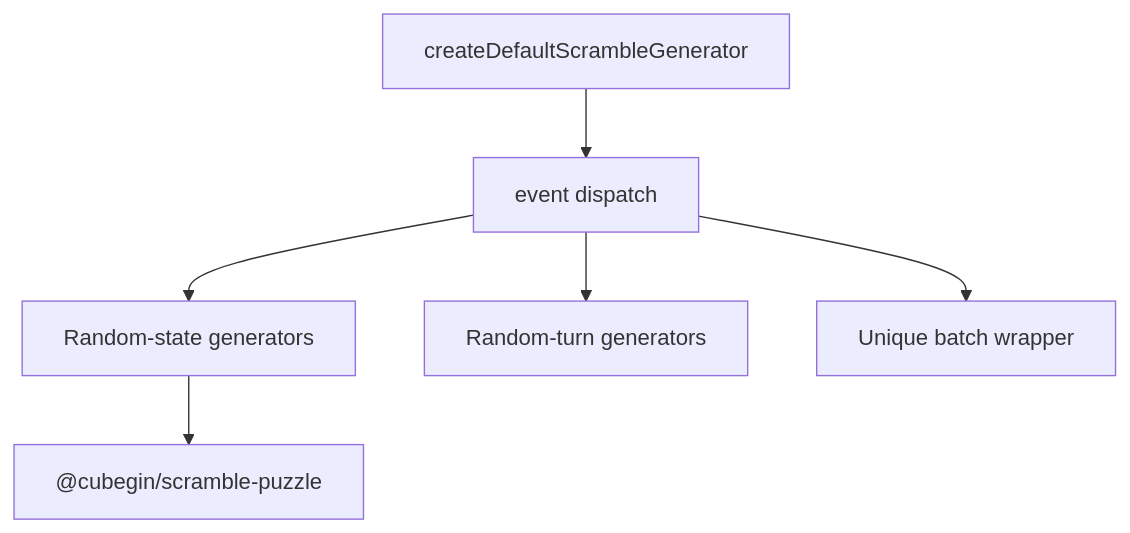
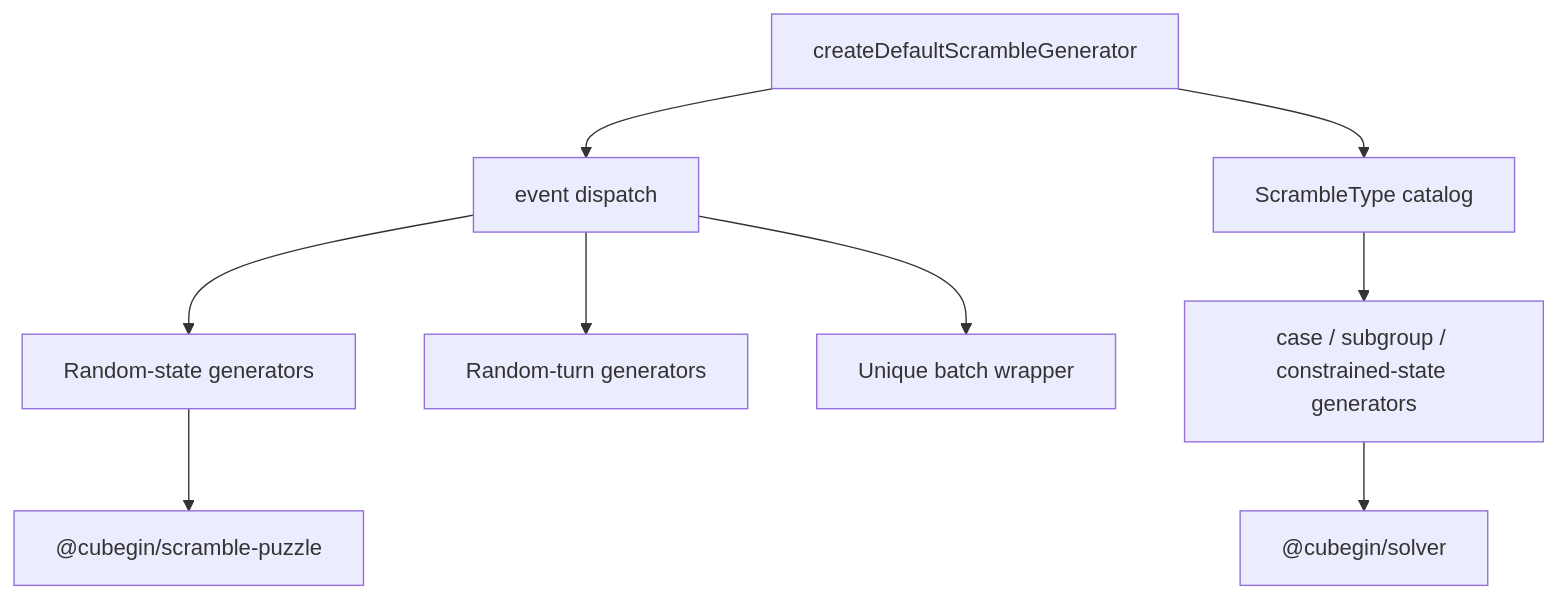
Before and after one commit to deweyou/cube-kit: the diagram in docs/packages/scramble-core/index.md, drawn with Mermaid. The commit also changed other lines of this file and 18 other files, not shown here.

Commit message:
docs(scramble): document training scramble system

````diff
--- a/docs/packages/scramble-core/index.md
+++ b/docs/packages/scramble-core/index.md
@@ -3,8 +3,11 @@
 ```mermaid
 flowchart TD
     Facade["createDefaultScrambleGenerator"] --> Dispatch["event dispatch"]
     Dispatch --> RandomState["Random-state generators"]
     Dispatch --> RandomTurns["Random-turn generators"]
     Dispatch --> Batch["Unique batch wrapper"]
+    Facade --> Catalog["ScrambleType catalog"]
+    Catalog --> Training["case / subgroup / constrained-state generators"]
+    Training --> Solver["@cubegin/solver"]
     RandomState --> Puzzle["@cubegin/scramble-puzzle"]
 ```
````
